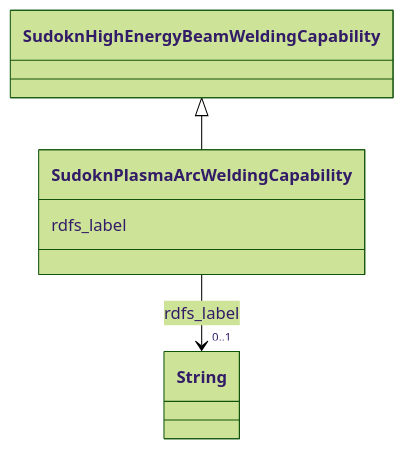
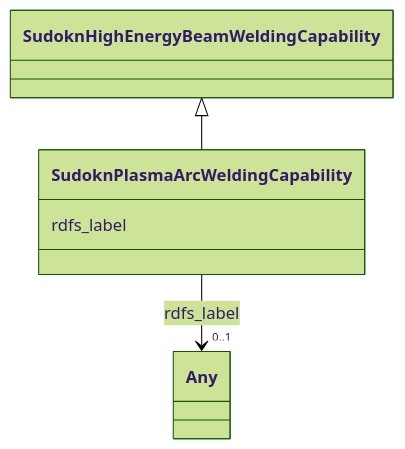
The diagram in sudokn-kg/classes/SudoknPlasmaArcWeldingCapability.md (frink-okn/graph-descriptions), drawn with Mermaid (forest theme) before and after one commit. The commit also changed other lines of this file and 903 other files, not shown here.

````diff
--- a/sudokn-kg/classes/SudoknPlasmaArcWeldingCapability.md
+++ b/sudokn-kg/classes/SudoknPlasmaArcWeldingCapability.md
@@ -23,18 +16,18 @@
 ```mermaid
  classDiagram
     class SudoknPlasmaArcWeldingCapability
     click SudoknPlasmaArcWeldingCapability href "../SudoknPlasmaArcWeldingCapability"
       SudoknHighEnergyBeamWeldingCapability <|-- SudoknPlasmaArcWeldingCapability
         click SudoknHighEnergyBeamWeldingCapability href "../SudoknHighEnergyBeamWeldingCapability"
       
       SudoknPlasmaArcWeldingCapability : rdfs_label
         
           
     
     
-    SudoknPlasmaArcWeldingCapability --> "0..1" String : rdfs_label
-    click String href "../String"
+    SudoknPlasmaArcWeldingCapability --> "0..1" Any : rdfs_label
+    click Any href "../Any"
 
         
       
 ```
````
